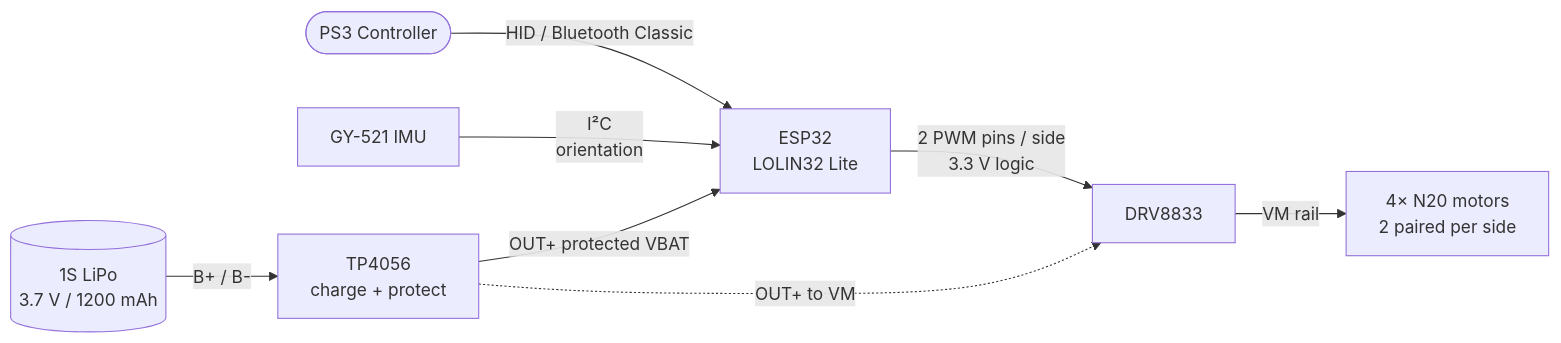
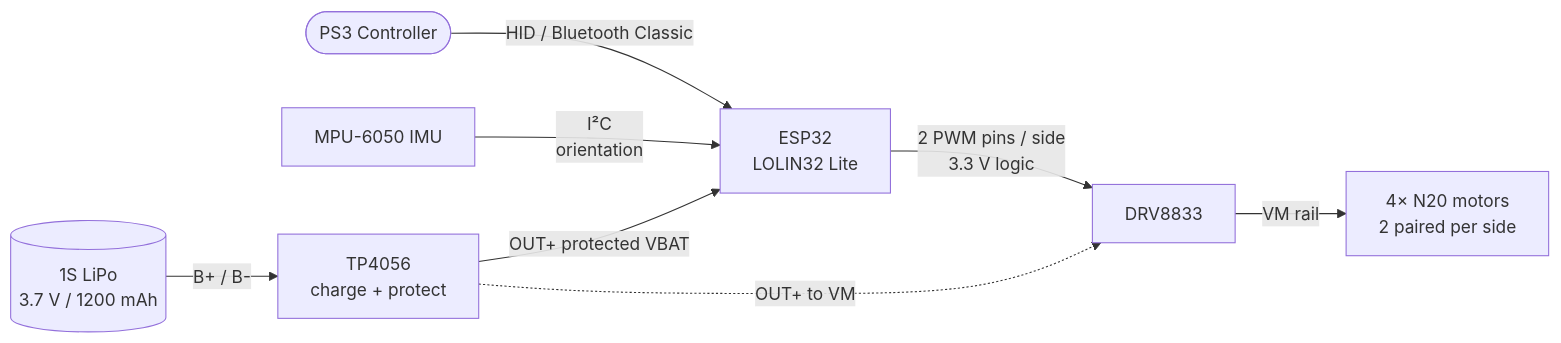
One commit to wouterds/minibot changed the first of 2 diagrams in README.md. Above: the diagram before and after it, drawn with Mermaid. The commit also changed other lines of this file and 4 other files, not shown here.

````diff
--- a/README.md
+++ b/README.md
@@ -20,10 +20,10 @@
 ```mermaid
 flowchart LR
     PS3([PS3 Controller]) -->|HID / Bluetooth Classic| ESP[ESP32<br/>LOLIN32 Lite]
-    IMU[GY-521 IMU] -->|I²C<br/>orientation| ESP
+    IMU[MPU-6050 IMU] -->|I²C<br/>orientation| ESP
     ESP -->|2 PWM pins / side<br/>3.3 V logic| DRV[DRV8833]
     DRV -->|VM rail| MOT[4× N20 motors<br/>2 paired per side]
     BAT[(1S LiPo<br/>3.7 V / 1200 mAh)] -->|B+ / B-| TP[TP4056<br/>charge + protect]
     TP -->|OUT+ protected VBAT| ESP
     TP -.->|OUT+ to VM| DRV
 ```
````
